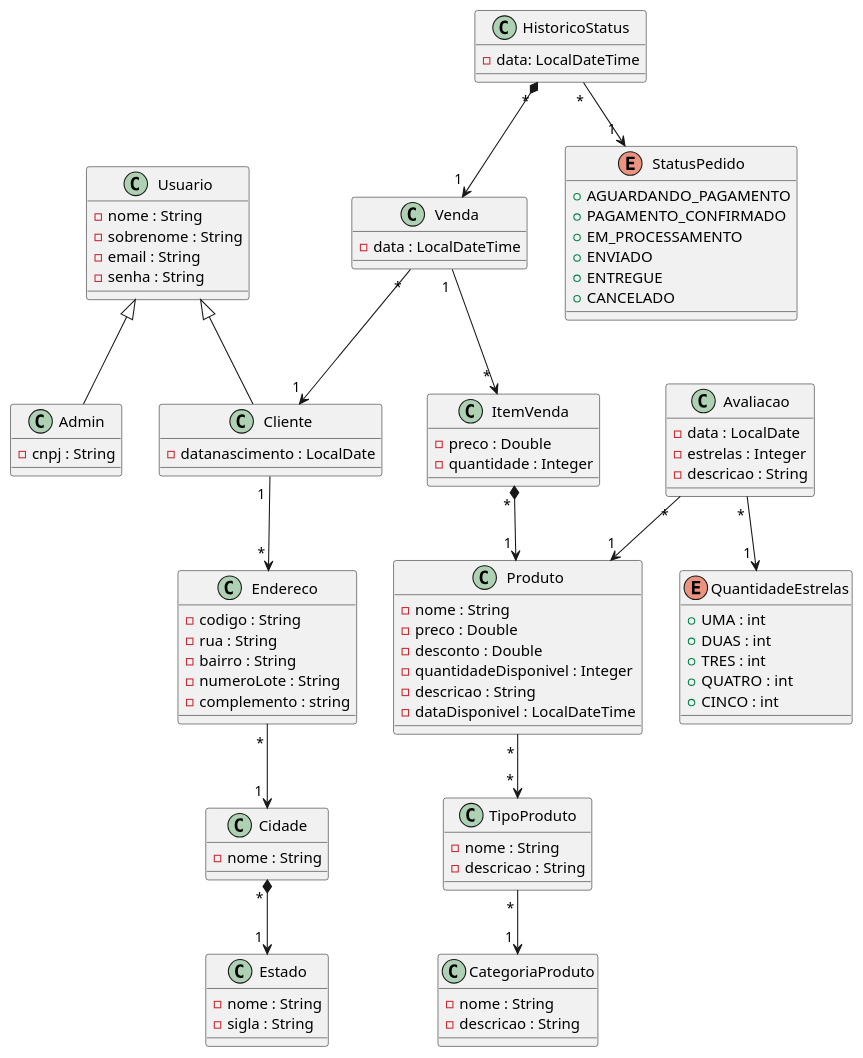
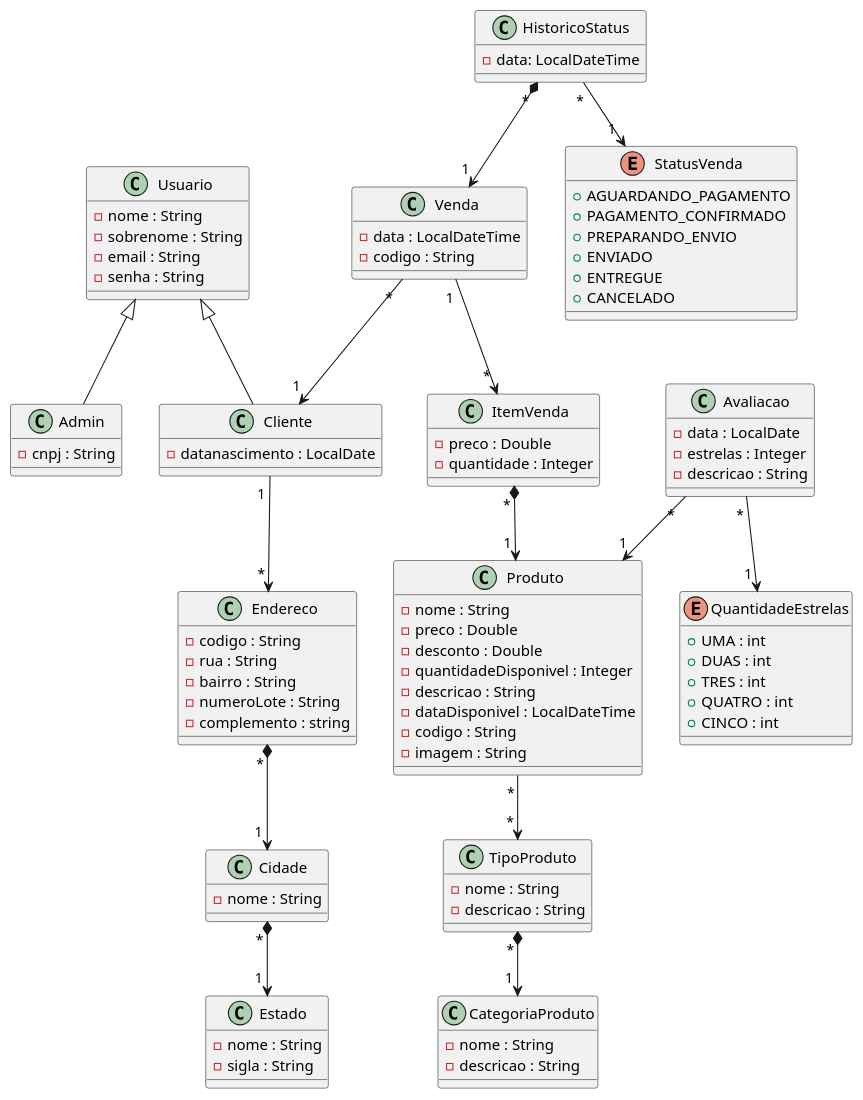
Before and after one commit to bealfredo/tp-floricultura-quarkus: the diagram in exemplo.plantuml, drawn with PlantUML.

```diff
--- a/exemplo.plantuml
+++ b/exemplo.plantuml
@@ -1,144 +1,111 @@
 @startuml TrabalhoTopicos
-' skinparam classAttributeIconSize 0
 
 class Usuario {
   - nome : String
   - sobrenome : String
   - email : String
   - senha : String
 }
 
 class Cliente {
   - datanascimento : LocalDate
 }
 
 class Admin {
   - cnpj : String
 }
 
-Usuario <|--  Cliente
-Usuario <|--  Admin
-Cliente " 1 " --> " * " Endereco
-
 class Endereco {
   - codigo : String
   - rua : String
   - bairro : String
   - numeroLote : String
   - complemento : string
 }
-
-Endereco " * " --> " 1 " Cidade
-Cidade " * " *--> " 1 " Estado
 
 class Estado {
   - nome : String
   - sigla : String
 }
 
 class Cidade {
   - nome : String
 }
-
 
 class CategoriaProduto {
   - nome : String
   - descricao : String
 }
 
 class TipoProduto {
   - nome : String
   - descricao : String
 }
 
 class Produto {
   - nome : String
   - preco : Double
   - desconto : Double
   - quantidadeDisponivel : Integer
   - descricao : String
   - dataDisponivel : LocalDateTime
+  - codigo : String
+  - imagem : String
 }
 
 class ItemVenda {
   - preco : Double
   - quantidade : Integer
 }
 
 class Venda {
   - data : LocalDateTime
+  - codigo : String
 }
 
 class HistoricoStatus {
   - data: LocalDateTime
 }
 
-enum StatusPedido {
+enum StatusVenda {
   + AGUARDANDO_PAGAMENTO
   + PAGAMENTO_CONFIRMADO
-  + EM_PROCESSAMENTO
+  + PREPARANDO_ENVIO
   + ENVIADO
   + ENTREGUE
   + CANCELADO
 }
-
-
-Venda " * " --> " 1 " Cliente
-Venda " 1 " --> " * " ItemVenda
-ItemVenda " * " *--> " 1 " Produto
-HistoricoStatus " * " *--> " 1 " Venda
-HistoricoStatus " * " --> " 1 " StatusPedido
-
-
-Produto " * " --> " * " TipoProduto
-TipoProduto " * " --> " 1 " CategoriaProduto
 
 class Avaliacao {
   - data : LocalDate
   - estrelas : Integer
   - descricao : String
 }
 
 enum QuantidadeEstrelas  {
   + UMA : int
   + DUAS : int
   + TRES : int
   + QUATRO : int
   + CINCO : int
 }
 
+Usuario <|--  Cliente
+Usuario <|--  Admin
+Cliente " 1 " --> " * " Endereco
+Endereco " * " *--> " 1 " Cidade
+Cidade " * " *--> " 1 " Estado
+
+Venda " * " --> " 1 " Cliente
+Venda " 1 " --> " * " ItemVenda
+ItemVenda " * " *--> " 1 " Produto
+HistoricoStatus " * " *--> " 1 " Venda
+HistoricoStatus " * " --> " 1 " StatusVenda
+
+Produto " * " --> " * " TipoProduto
+TipoProduto " * " *--> " 1 " CategoriaProduto
+
 Avaliacao " * " --> " 1 " QuantidadeEstrelas
 Avaliacao " * " --> " 1 " Produto
 
-' class Carrinho {
-'   - id : String
-' }
-
-' class ProdutoCarrinho {
-'   - id : Integer
-'   ' - produto : Integer
-'   ' - usuario : Integer
-'   - quantidade : Integer
-' }
-
-
-
-' Avaliacao " * " --> " 1 " Produto
-' Avaliacao " * " --> " 1 " Usuario
-' Cidade " * " o--> " 1 " Estado
-' Endereco " * " o--> " 1 " Cidade
-' Usuario " 1 " --> " * " Endereco
-
-' Usuario " 1 " --> " * " ProdutoCarrinho
-' ProdutoCarrinho " * " -->  " 1 " Produto
-
-' Compra " * " --> " 1 " Usuario
-' Compra " 1 " --> " * " ProdutoCompra
-' Compra " 1 " --> " * " Endereco
-' ProdutoCompra " 1 " --> " 1 " Produto
-
-' Produto " * " o--> " 1 " TipoProduto
-' TipoProduto " * " o--> " 1 " CategoriaProduto
-
-
 @enduml
```
